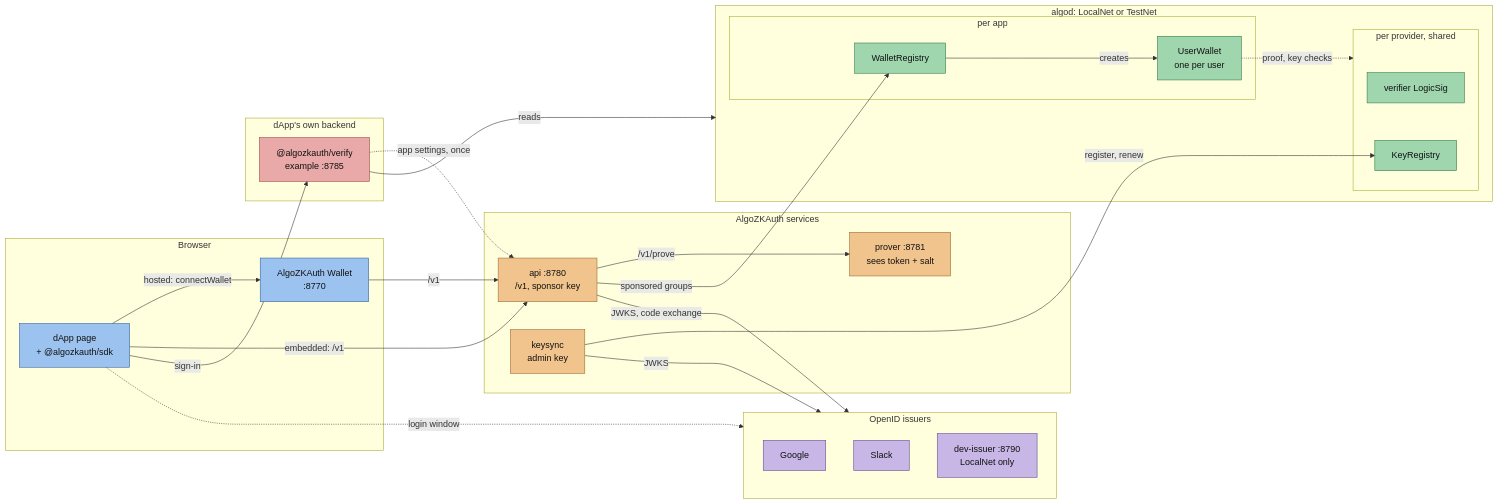
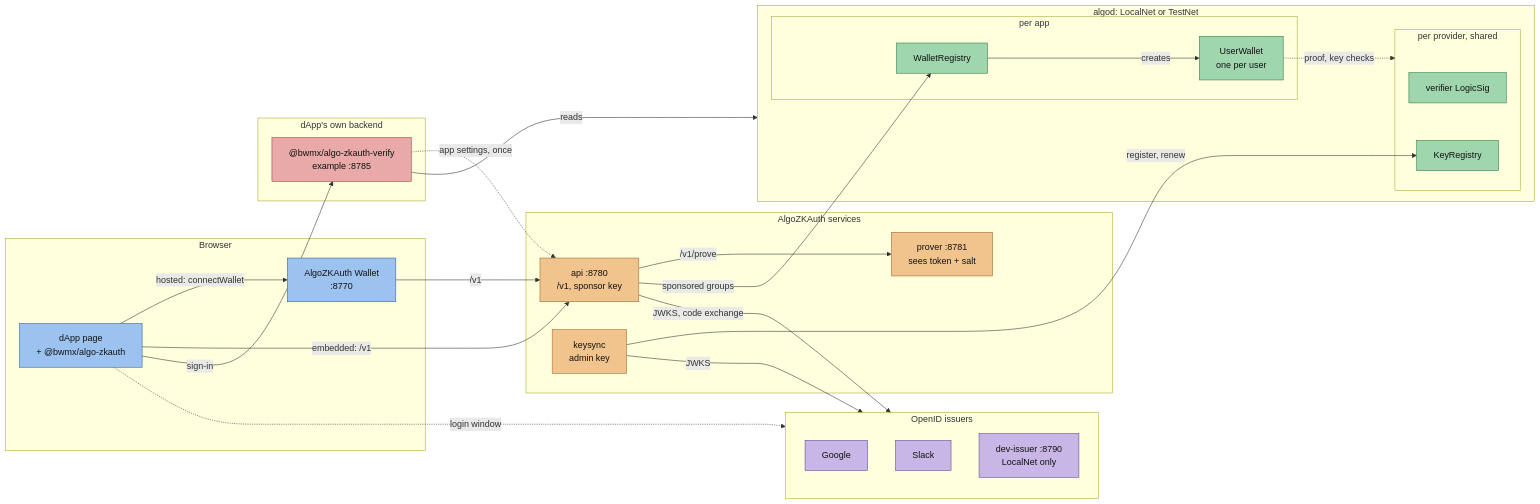
The first of 3 diagrams in docs/service-architecture.md (bwmx/algo-zkauth), drawn with Mermaid before and after one commit. The commit also changed other lines of this file and 71 other files, not shown here.

````diff
--- a/docs/service-architecture.md
+++ b/docs/service-architecture.md
@@ -7,56 +7,56 @@
 ```mermaid
 flowchart LR
   subgraph Browser["Browser"]
-    dapp["dApp page<br/>+ @algozkauth/sdk"]
+    dapp["dApp page<br/>+ @bwmx/algo-zkauth"]
     wallet["AlgoZKAuth Wallet<br/>:8770"]
   end
   subgraph Backend["dApp's own backend"]
-    be["@algozkauth/verify<br/>example :8785"]
+    be["@bwmx/algo-zkauth-verify<br/>example :8785"]
   end
   subgraph Services["AlgoZKAuth services"]
     api["api :8780<br/>/v1, sponsor key"]
     prover["prover :8781<br/>sees token + salt"]
     keysync["keysync<br/>admin key"]
   end
   subgraph Chain["algod: LocalNet or TestNet"]
     subgraph PerApp["per app"]
       wr["WalletRegistry"]
       uw["UserWallet<br/>one per user"]
     end
     subgraph PerProvider["per provider, shared"]
       lsig["verifier LogicSig"]
       kr["KeyRegistry"]
     end
   end
   subgraph Issuers["OpenID issuers"]
     google["Google"]
     slack["Slack"]
     dev["dev-issuer :8790<br/>LocalNet only"]
   end
 
   dapp -->|"hosted: connectWallet"| wallet
   dapp -->|"embedded: /v1"| api
   wallet -->|"/v1"| api
   dapp -->|"sign-in"| be
   be -.->|"app settings, once"| api
   be -->|"reads"| Chain
   api -->|"/v1/prove"| prover
   api -->|"sponsored groups"| wr
   wr -->|"creates"| uw
   uw -.->|"proof, key checks"| PerProvider
   keysync -->|"register, renew"| kr
   dapp -.->|"login window"| Issuers
   api -->|"JWKS, code exchange"| Issuers
   keysync -->|"JWKS"| Issuers
 
   classDef browser fill:#9cc3f0,stroke:#2f5f9a,color:#111
   classDef svc fill:#f2c48d,stroke:#9a6a2f,color:#111
   classDef issuer fill:#c8b6e6,stroke:#5f4a8f,color:#111
   classDef chain fill:#9fd6ae,stroke:#2f7a45,color:#111
   classDef backend fill:#eaa9a9,stroke:#9a3f3f,color:#111
   class dapp,wallet browser
   class api,prover,keysync svc
   class dev,google,slack issuer
   class lsig,kr,wr,uw chain
   class be backend
 ```
````
